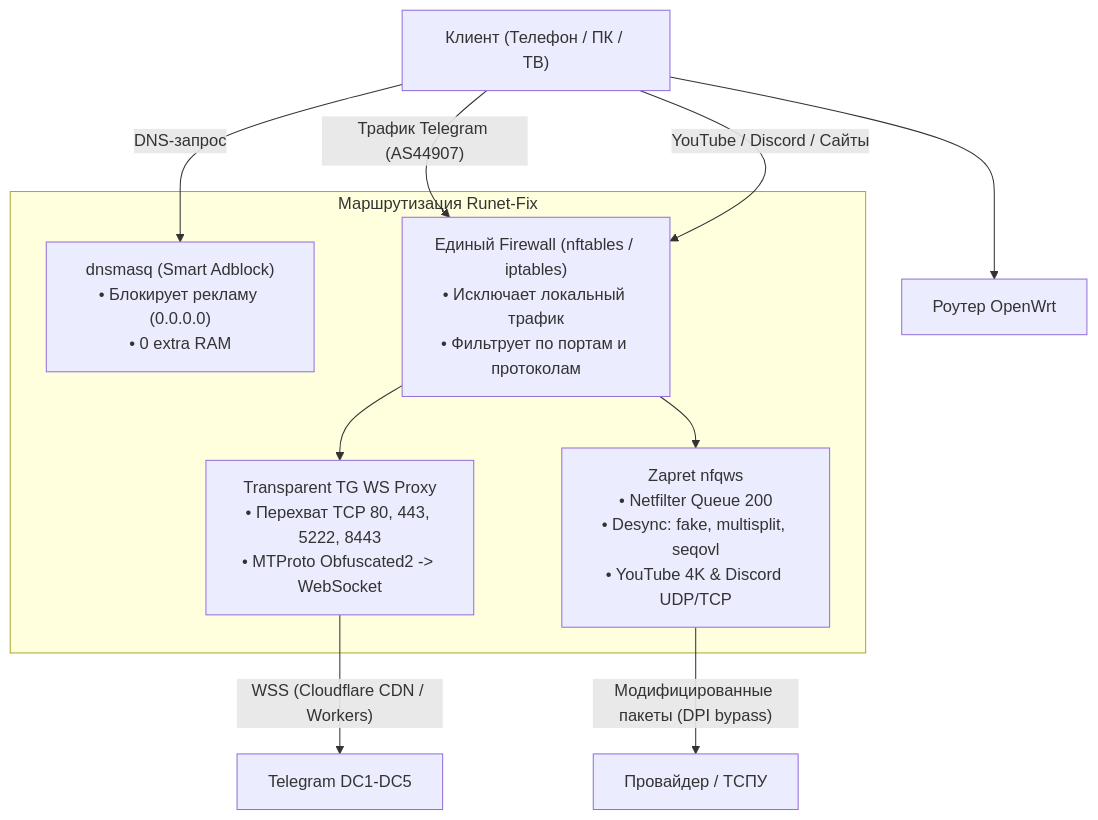
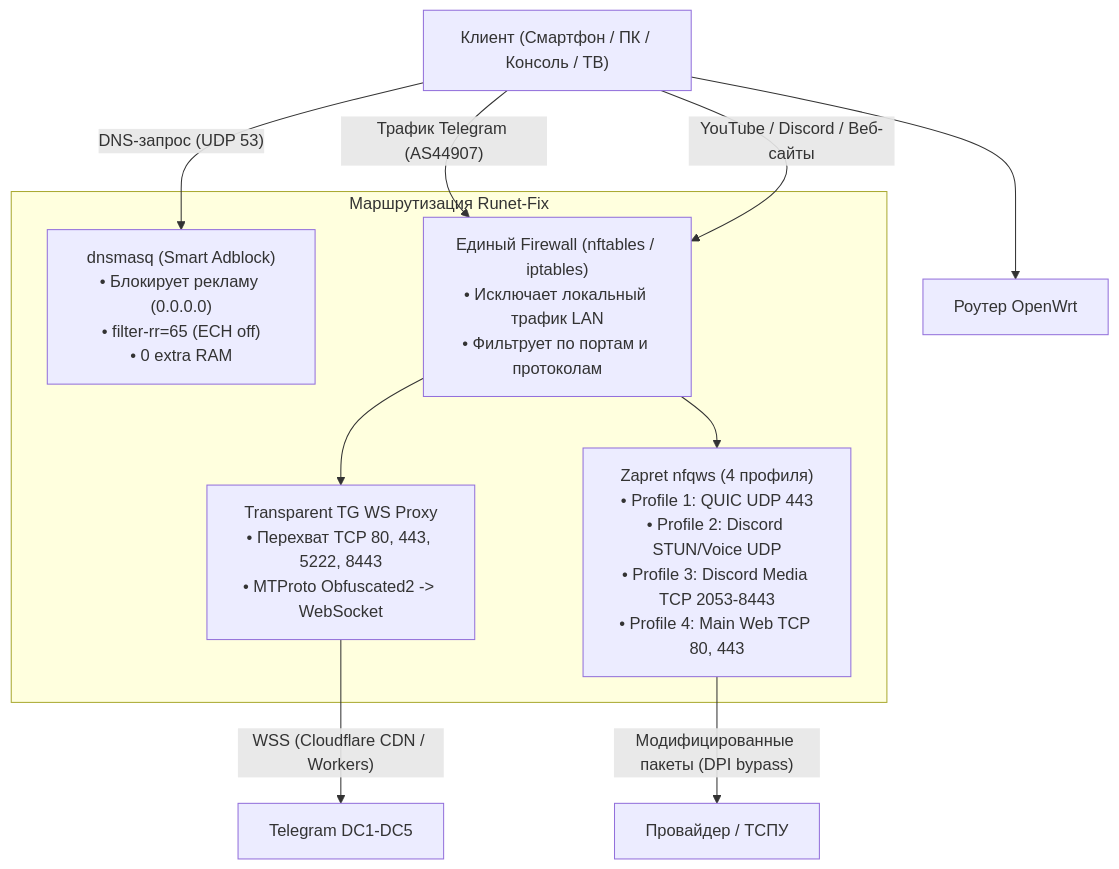
Before and after one commit to zlaer/runet-fix-openwrt: the diagram in README.md, drawn with Mermaid. The commit also changed other lines of this file and 8 other files, not shown here.

````diff
--- a/README.md
+++ b/README.md
@@ -29,21 +35,21 @@
 ```mermaid
 flowchart TD
-    Client["Клиент (Телефон / ПК / ТВ)"] --> Router["Роутер OpenWrt"]
+    Client["Клиент (Смартфон / ПК / Консоль / ТВ)"] --> Router["Роутер OpenWrt"]
     
     subgraph OpenWrt ["Маршрутизация Runet-Fix"]
-        DNS["dnsmasq (Smart Adblock)<br/>• Блокирует рекламу (0.0.0.0)<br/>• 0 extra RAM"]
+        DNS["dnsmasq (Smart Adblock)<br/>• Блокирует рекламу (0.0.0.0)<br/>• filter-rr=65 (ECH off)<br/>• 0 extra RAM"]
         
-        FW["Единый Firewall (nftables / iptables)<br/>• Исключает локальный трафик<br/>• Фильтрует по портам и протоколам"]
+        FW["Единый Firewall (nftables / iptables)<br/>• Исключает локальный трафик LAN<br/>• Фильтрует по портам и протоколам"]
         
         TG["Transparent TG WS Proxy<br/>• Перехват TCP 80, 443, 5222, 8443<br/>• MTProto Obfuscated2 -> WebSocket"]
         
-        ZAP["Zapret nfqws<br/>• Netfilter Queue 200<br/>• Desync: fake, multisplit, seqovl<br/>• YouTube 4K & Discord UDP/TCP"]
+        ZAP["Zapret nfqws (4 профиля)<br/>• Profile 1: QUIC UDP 443<br/>• Profile 2: Discord STUN/Voice UDP<br/>• Profile 3: Discord Media TCP 2053-8443<br/>• Profile 4: Main Web TCP 80, 443"]
     end
     
-    Client -- "DNS-запрос" --> DNS
+    Client -- "DNS-запрос (UDP 53)" --> DNS
     Client -- "Трафик Telegram (AS44907)" --> FW --> TG
-    Client -- "YouTube / Discord / Сайты" --> FW --> ZAP
+    Client -- "YouTube / Discord / Веб-сайты" --> FW --> ZAP
     
     TG -- "WSS (Cloudflare CDN / Workers)" --> TG_Server["Telegram DC1-DC5"]
     ZAP -- "Модифицированные пакеты (DPI bypass)" --> WAN["Провайдер / ТСПУ"]
 ```
````
